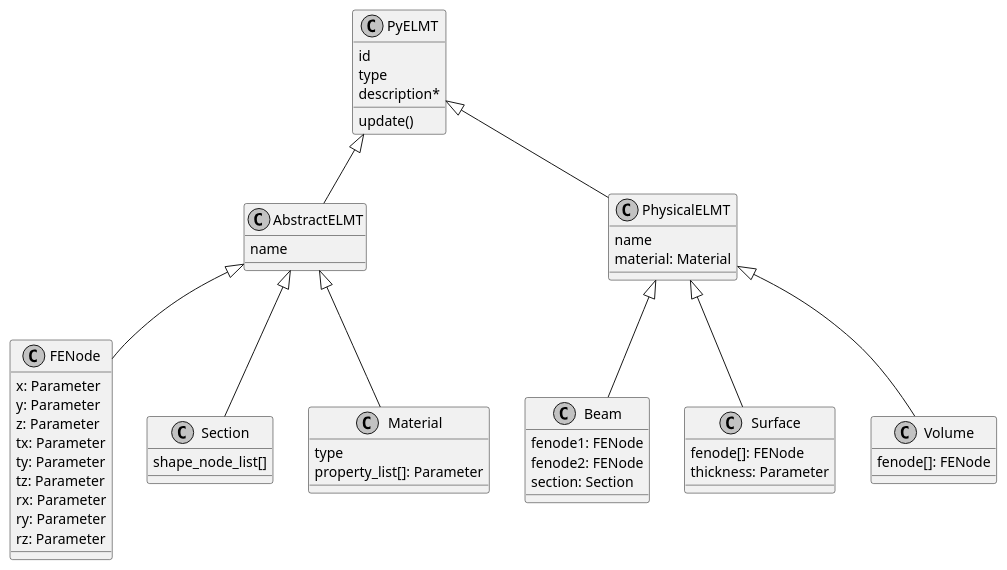
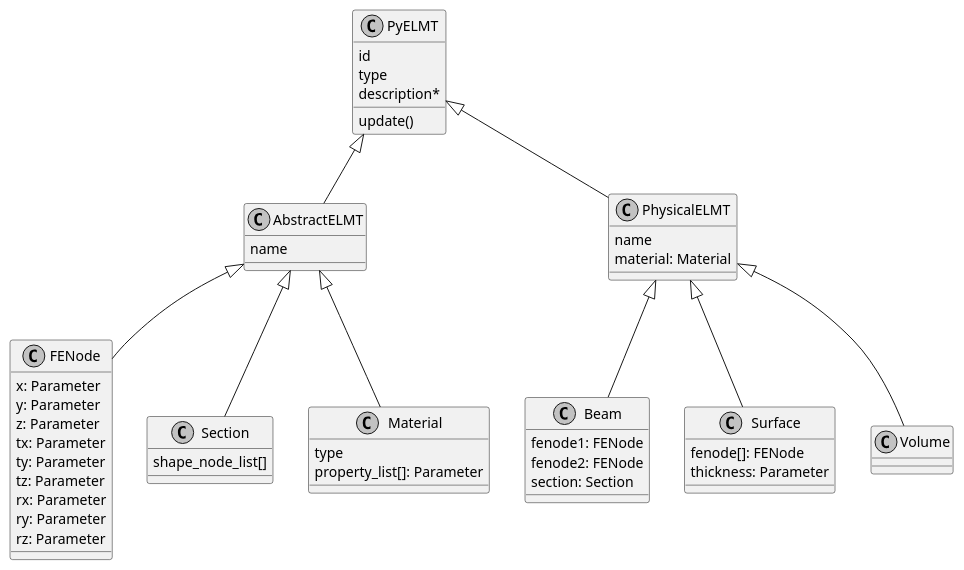
The diagram in Notes & Diagrams/ClassDiagram PyELMT.puml (YidongQIN/PyBMS_BrIM), drawn with PlantUML before and after one commit. The commit also changed 1 other file, not shown here.

Commit message:
diagrams

```diff
--- a/Notes & Diagrams/ClassDiagram PyELMT.puml
+++ b/Notes & Diagrams/ClassDiagram PyELMT.puml
@@ -1,124 +1,65 @@
 @startuml
 
-top to bottom direction
 ' left to right direction
 
 skinparam shadowing false
 skinparam monochrome true
-
-skinparam class {
-
-    ' BackgroundColor White
-    ' ArrowColor Black
-    ' BorderColor Black
-}
-
-' Interface toMongo{
-'     set_mongo_document()
-'     get_mongo_document()
-'     - argument_check()
-' }
 
 class PyELMT{
     id
     type
     description*
     update()
 }
 
 class AbstractELMT{
     name
 }
 
 class PhysicalELMT{
     name
     material: Material
 }
 
-' hide PhysicalELMT circle
-
-' Interface toOpenBrIM{
-'     openbrim_element: XML element
-'     set_openbrim_element()
-'     get_openbrim_element()
-'     - argument_check()
-' }
-
-' Interface has_OpenBrIM_fem{
-'     openbrim_fem_elmt()
-' }
-
-' Interface has_OpenBrIM_geo{
-'     openbrim_geo_elmt()
-' }
 
 PyELMT <|-- AbstractELMT
 PyELMT <|-- PhysicalELMT
-' has_OpenBrIM_fem <|-- AbstractELMT
-' has_OpenBrIM_fem <|-- PhysicalELMT
-' has_OpenBrIM_geo <|-- PhysicalELMT
-
-' toOpenBrIM <|-- has_OpenBrIM_fem
-' toOpenBrIM <|-- has_OpenBrIM_geo
-' toMongo -- PyELMT
-
-' class Project{}
-' class Group
-' class Parameter{
-'     value: number
-' }
-' class Shape{
-'     node_list[]
-' }
 
 class FENode{
     x: Parameter
     y: Parameter
     z: Parameter
     tx: Parameter
     ty: Parameter
     tz: Parameter
     rx: Parameter
     ry: Parameter
     rz: Parameter
 }
 class Section{
     shape_node_list[]
 }
 class Material{
     type
     property_list[]: Parameter
 }
 
-' AbstractELMT <|-- Project
-' AbstractELMT <|-- Group
-' AbstractELMT <|-- Parameter
 AbstractELMT <|-- Section
 AbstractELMT <|-- Material
 AbstractELMT <|-- FENode
-' AbstractELMT <|-- Shape
-' Shape -- Section
 
 class Beam{
     fenode1: FENode
     fenode2: FENode
     section: Section
-    ' material: Material'
 }
 class Surface{
     fenode[]: FENode
     thickness: Parameter
 }
-' class Bolted_Plate
-class Volume{
-    fenode[]: FENode
-}
-' class Sensor
 
 PhysicalELMT <|-- Beam
 PhysicalELMT <|-- Surface
-' Surface <|-- Bolted_Plate
 PhysicalELMT <|-- Volume
-' PhysicalELMT <|-- Sensor
 
 @enduml
```
